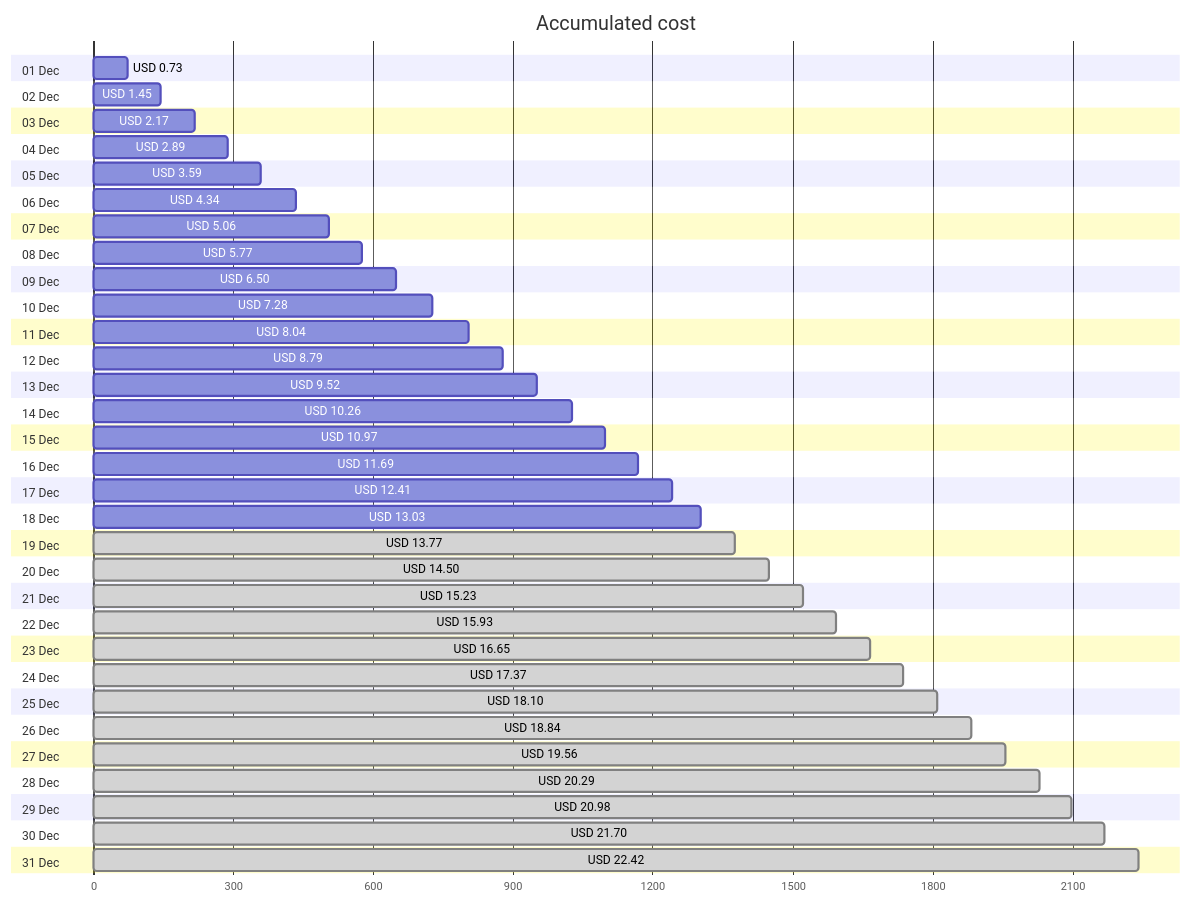
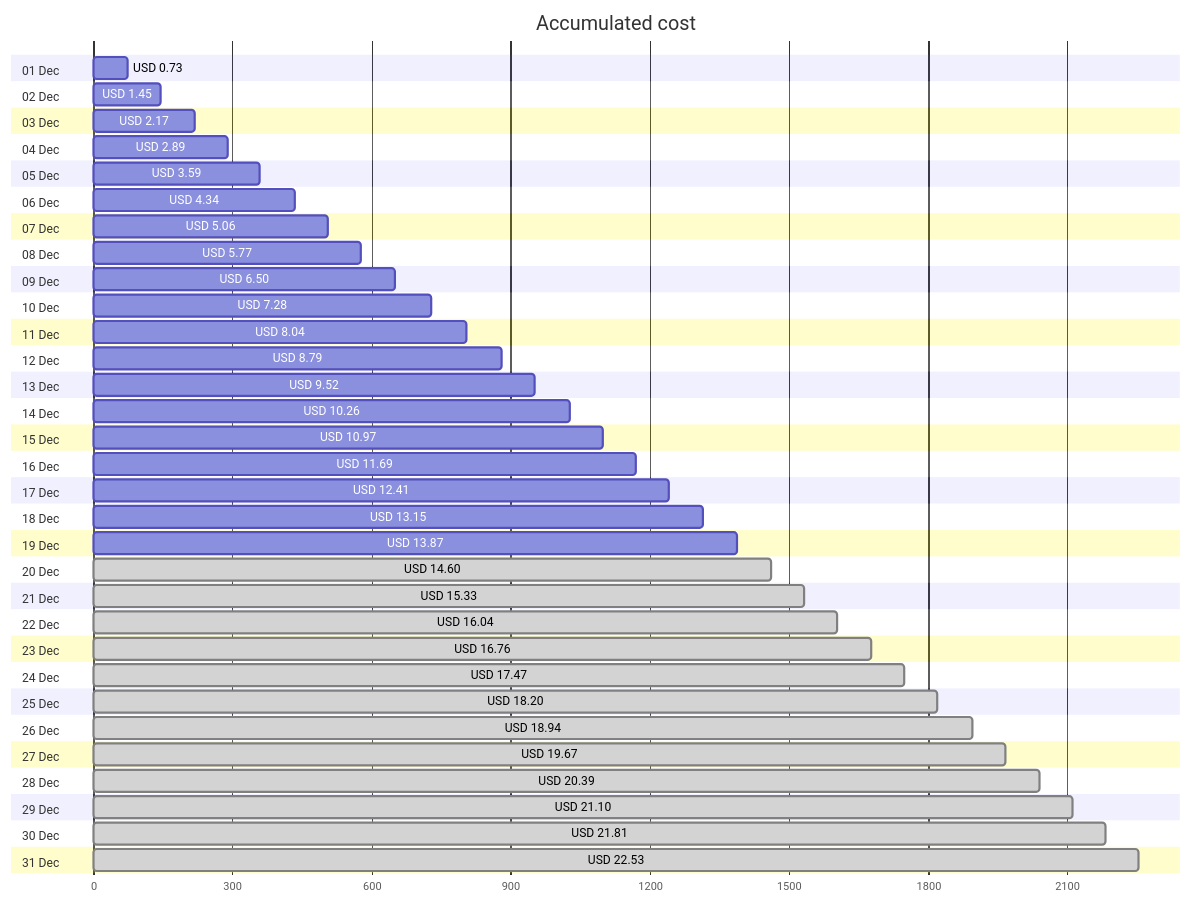
One commit to jpfulton/azure-personal-reports changed the first of 4 diagrams in cost-reports/personal-network/backup-server-data-disk.md. Above: the diagram before and after it, drawn with Mermaid. The commit also changed other lines of this file and 8 other files, not shown here.

````diff
--- a/cost-reports/personal-network/backup-server-data-disk.md
+++ b/cost-reports/personal-network/backup-server-data-disk.md
@@ -20,68 +20,68 @@
 ```mermaid
 gantt
    title Accumulated cost
    dateFormat  X
    axisFormat %s
    section 01 Dec
    USD 0.73 :0, 73
    section 02 Dec
    USD 1.45 :0, 145
    section 03 Dec
    USD 2.17 :0, 217
    section 04 Dec
    USD 2.89 :0, 289
    section 05 Dec
    USD 3.59 :0, 359
    section 06 Dec
    USD 4.34 :0, 434
    section 07 Dec
    USD 5.06 :0, 506
    section 08 Dec
    USD 5.77 :0, 577
    section 09 Dec
    USD 6.50 :0, 650
    section 10 Dec
    USD 7.28 :0, 728
    section 11 Dec
    USD 8.04 :0, 804
    section 12 Dec
    USD 8.79 :0, 879
    section 13 Dec
    USD 9.52 :0, 952
    section 14 Dec
    USD 10.26 :0, 1026
    section 15 Dec
    USD 10.97 :0, 1097
    section 16 Dec
    USD 11.69 :0, 1169
    section 17 Dec
    USD 12.41 :0, 1241
    section 18 Dec
-   USD 13.03 :0, 1303
+   USD 13.15 :0, 1315
    section 19 Dec
-   USD 13.77 : done, 0, 1377
+   USD 13.87 :0, 1387
    section 20 Dec
-   USD 14.50 : done, 0, 1450
+   USD 14.60 : done, 0, 1460
    section 21 Dec
-   USD 15.23 : done, 0, 1523
+   USD 15.33 : done, 0, 1533
    section 22 Dec
-   USD 15.93 : done, 0, 1593
+   USD 16.04 : done, 0, 1604
    section 23 Dec
-   USD 16.65 : done, 0, 1665
+   USD 16.76 : done, 0, 1676
    section 24 Dec
-   USD 17.37 : done, 0, 1737
+   USD 17.47 : done, 0, 1747
    section 25 Dec
-   USD 18.10 : done, 0, 1810
+   USD 18.20 : done, 0, 1820
    section 26 Dec
-   USD 18.84 : done, 0, 1884
+   USD 18.94 : done, 0, 1894
    section 27 Dec
-   USD 19.56 : done, 0, 1956
+   USD 19.67 : done, 0, 1967
    section 28 Dec
-   USD 20.29 : done, 0, 2029
+   USD 20.39 : done, 0, 2039
    section 29 Dec
-   USD 20.98 : done, 0, 2098
+   USD 21.10 : done, 0, 2110
    section 30 Dec
-   USD 21.70 : done, 0, 2170
+   USD 21.81 : done, 0, 2181
    section 31 Dec
-   USD 22.42 : done, 0, 2242
+   USD 22.53 : done, 0, 2253
 ```
````
